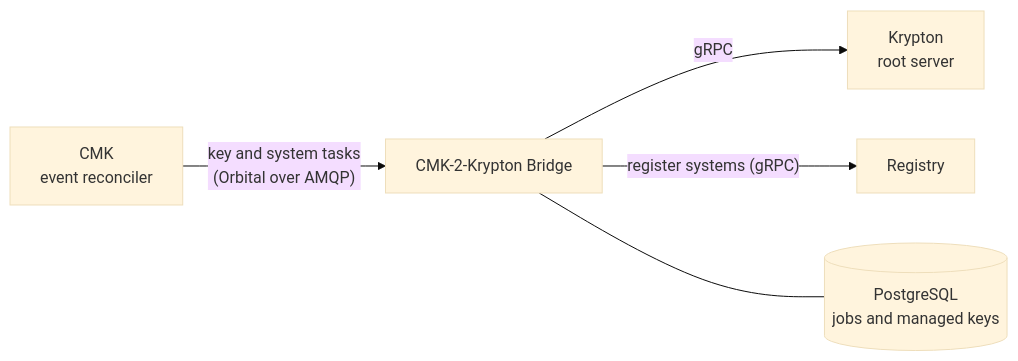
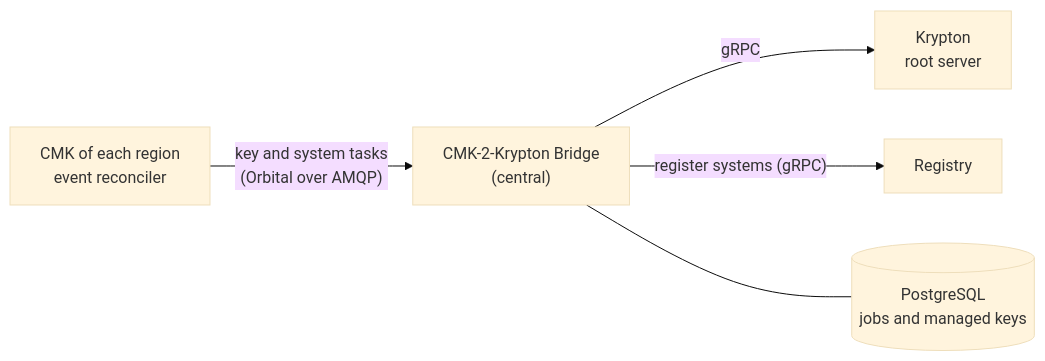
Before and after one commit to openkcm/openkcm.github.io: the diagram in docs/components/cmk/krypton-bridge.md, drawn with Mermaid (base theme). The commit also changed other lines of this file and 15 other files, not shown here.

````diff
--- a/docs/components/cmk/krypton-bridge.md
+++ b/docs/components/cmk/krypton-bridge.md
@@ -17,7 +18,7 @@
 ```mermaid
 flowchart LR
-    C["CMK<br/>event reconciler"] -- "key and system tasks<br/>(Orbital over AMQP)" --> B["CMK-2-Krypton Bridge"]
+    C["CMK of each region<br/>event reconciler"] -- "key and system tasks<br/>(Orbital over AMQP)" --> B["CMK-2-Krypton Bridge<br/>(central)"]
     B -- "gRPC" --> K["Krypton<br/>root server"]
     B -- "register systems (gRPC)" --> R["Registry"]
     B --- DB[("PostgreSQL<br/>jobs and managed keys")]
 ```
````
